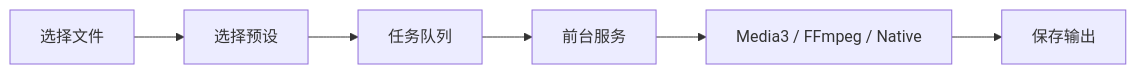
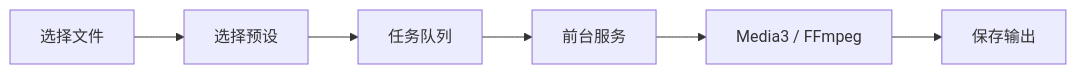
The diagram in README_zh.md (Jasonzhu1207/ZenConverter), drawn with Mermaid before and after one commit. The commit also changed other lines of this file, not shown here.

````diff
--- a/README_zh.md
+++ b/README_zh.md
@@ -57,11 +57,11 @@
 ```mermaid
 flowchart LR
     Pick["选择文件"]
     Preset["选择预设"]
     Queue["任务队列"]
     Service["前台服务"]
-    Engine["Media3 / FFmpeg / Native"]
+    Engine["Media3 / FFmpeg"]
     Output["保存输出"]
 
     Pick --> Preset --> Queue --> Service --> Engine --> Output
 ```
````
